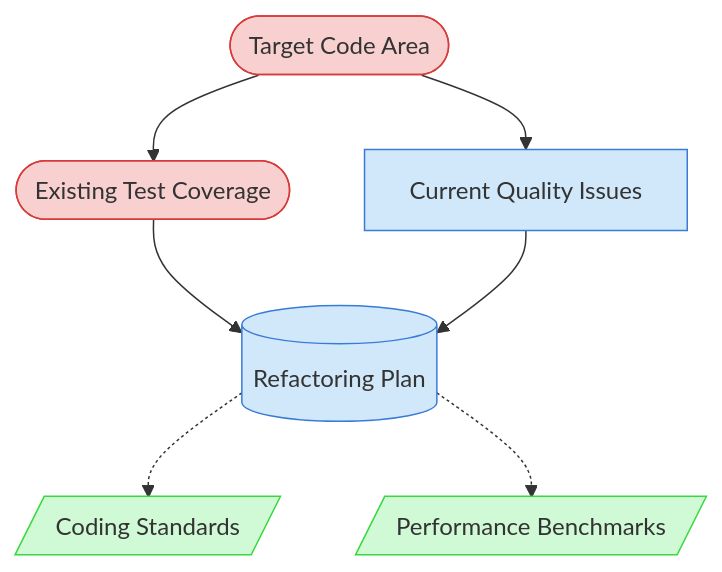
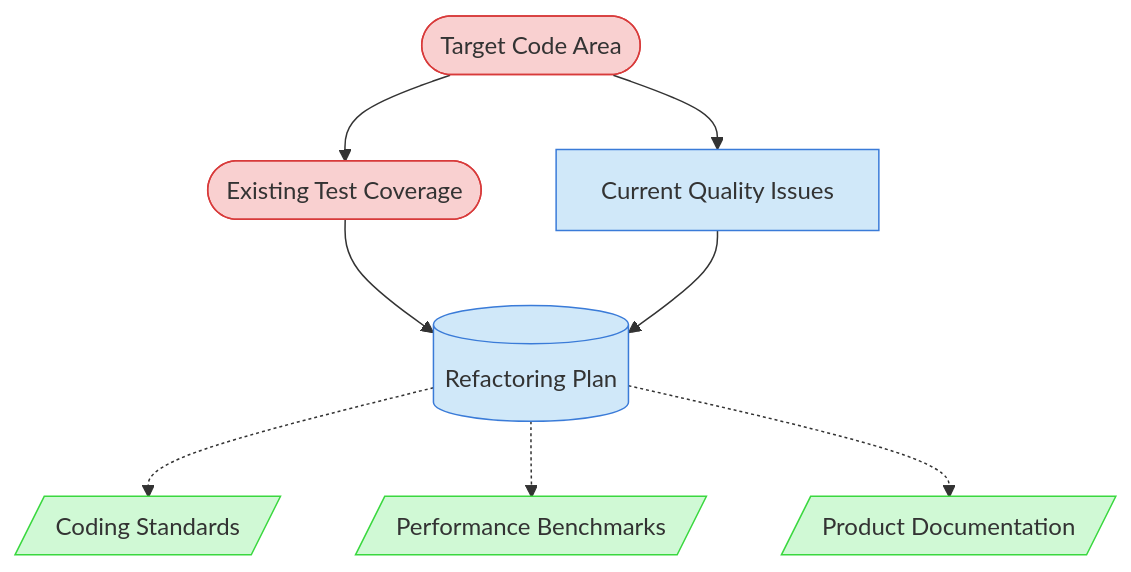
The diagram in doc/process-framework/visualization/context-maps/06-maintenance/code-refactoring-task-map.md (Abtomation/LinkWatcher), drawn with Mermaid before and after one commit. The commit also changed other lines of this file and 203 other files, not shown here.

````diff
--- a/doc/process-framework/visualization/context-maps/06-maintenance/code-refactoring-task-map.md
+++ b/doc/process-framework/visualization/context-maps/06-maintenance/code-refactoring-task-map.md
@@ -20,17 +20,18 @@
 ```mermaid
 graph TD
     classDef critical fill:#f9d0d0,stroke:#d83a3a
     classDef important fill:#d0e8f9,stroke:#3a7bd8
     classDef reference fill:#d0f9d5,stroke:#3ad83f
 
     TargetCode([Target Code Area]) --> TestCoverage([Existing Test Coverage])
     TargetCode --> QualityIssues[Current Quality Issues]
     TestCoverage --> RefactoringPlan[(Refactoring Plan)]
     QualityIssues --> RefactoringPlan
     RefactoringPlan -.-> CodingStandards[/Coding Standards/]
     RefactoringPlan -.-> PerformanceBenchmarks[/Performance Benchmarks/]
+    RefactoringPlan -.-> ProductDocs[/Product Documentation/]
 
     class TargetCode,TestCoverage critical
     class QualityIssues,RefactoringPlan important
-    class CodingStandards,PerformanceBenchmarks reference
+    class CodingStandards,PerformanceBenchmarks,ProductDocs reference
 ```
````
